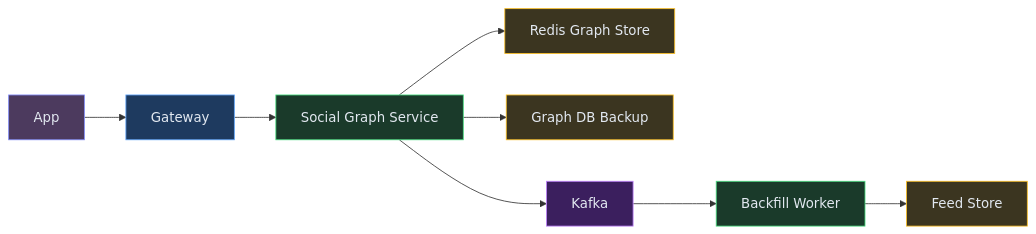
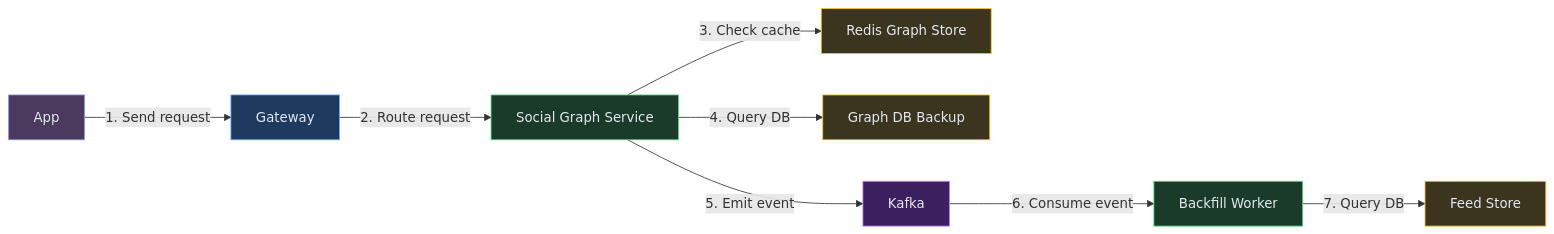
The fourth of 9 diagrams in content/hld/Instagram.md (iluzn/HLD-Designs), drawn with Mermaid before and after one commit. The commit also changed other lines of this file and 27 other files, not shown here.

````diff
--- a/content/hld/Instagram.md
+++ b/content/hld/Instagram.md
@@ -295,25 +295,25 @@
 ```mermaid
 flowchart LR
     App["App"]:::client
     GW["Gateway"]:::edge
     SGS["Social Graph Service"]:::service
     RG["Redis Graph Store"]:::data
     DB["Graph DB Backup"]:::data
     KF["Kafka"]:::async
     BF["Backfill Worker"]:::service
     CASS["Feed Store"]:::data
 
-    App --> GW
-    GW --> SGS
-    SGS --> RG
-    SGS --> DB
-    SGS --> KF
-    KF --> BF
-    BF --> CASS
+    App -->|"1. Send request"| GW
+    GW -->|"2. Route request"| SGS
+    SGS -->|"3. Check cache"| RG
+    SGS -->|"4. Query DB"| DB
+    SGS -->|"5. Emit event"| KF
+    KF -->|"6. Consume event"| BF
+    BF -->|"7. Query DB"| CASS
 
     classDef client fill:#4c3a5e,stroke:#818cf8,color:#e2e8f0
     classDef edge fill:#1e3a5f,stroke:#60a5fa,color:#e2e8f0
     classDef service fill:#1a3a2a,stroke:#4ade80,color:#e2e8f0
     classDef async fill:#3b1f5e,stroke:#c084fc,color:#e2e8f0
     classDef data fill:#3b3520,stroke:#fbbf24,color:#e2e8f0
 ```
````
